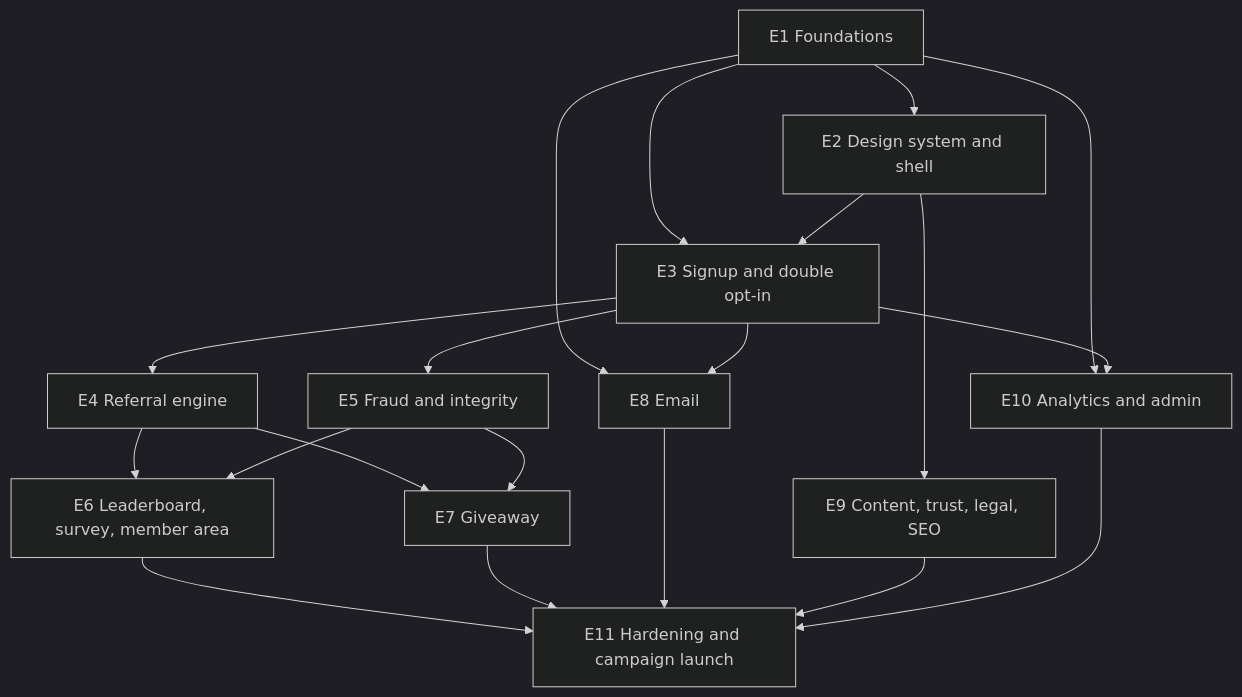
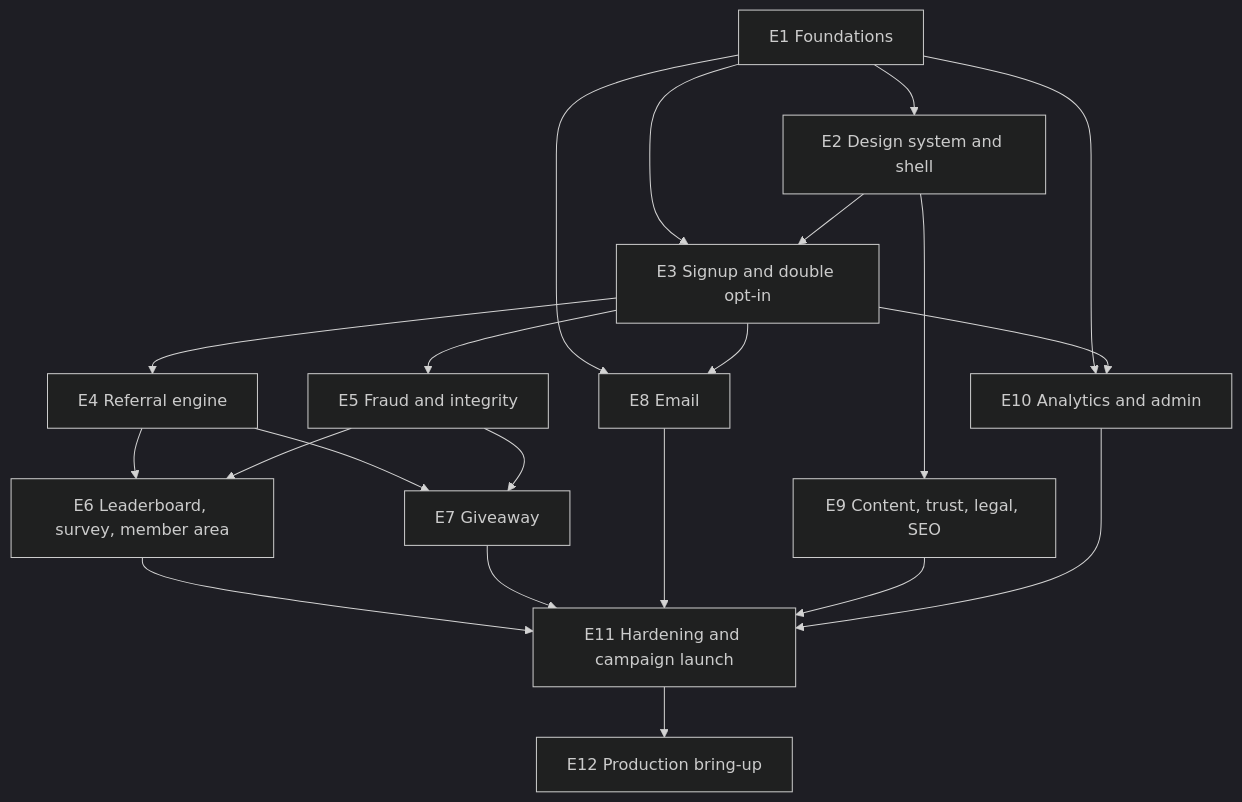
The diagram in docs/plan/development-plan.md (BorisLovrenovic/valstara-prelaunch), drawn with Mermaid (dark theme) before and after one commit. The commit also changed other lines of this file and 2 other files, not shown here.

First line of the commit message:
docs(plan): defer production evidence to a new Epic E12 [E1-07]

````diff
--- a/docs/plan/development-plan.md
+++ b/docs/plan/development-plan.md
@@ -110,22 +111,23 @@
 ```mermaid
 flowchart TD
   E1[E1 Foundations] --> E2[E2 Design system and shell]
   E1 --> E3[E3 Signup and double opt-in]
   E2 --> E3
   E3 --> E4[E4 Referral engine]
   E3 --> E5[E5 Fraud and integrity]
   E4 --> E6[E6 Leaderboard, survey, member area]
   E5 --> E6
   E4 --> E7[E7 Giveaway]
   E5 --> E7
   E1 --> E8[E8 Email]
   E3 --> E8
   E2 --> E9[E9 Content, trust, legal, SEO]
   E1 --> E10[E10 Analytics and admin]
   E3 --> E10
   E6 --> E11[E11 Hardening and campaign launch]
   E7 --> E11
   E8 --> E11
   E9 --> E11
   E10 --> E11
+  E11 --> E12[E12 Production bring-up]
 ```
````
